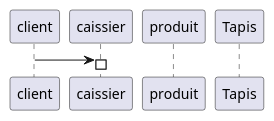
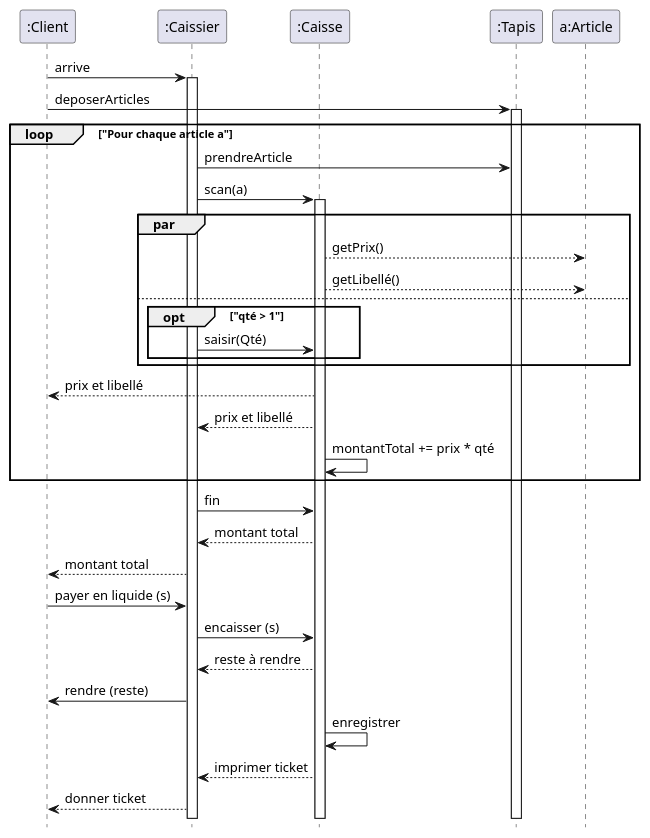
The diagram in TD5/exo1.plantuml (IUT-Blagnac/bcoo-LordHugo02), drawn with PlantUML before and after one commit.

Commit message:
Correction

```diff
--- a/TD5/exo1.plantuml
+++ b/TD5/exo1.plantuml
@@ -1,24 +1,64 @@
 @startuml Titre
 '--------------------------------
 ' Parametres pour le dessin
 '--------------------------------
 '--http://iut-blagnac.github.io/POO/TD4.html--
 hide circle
 hide empty members
 hide empty methods
 '--------------------------------
 
-'5.1.1
 
 
-participant A as "client"
-participant B as "caissier"
-participant C as "produit"
-participant D as "Tapis"
+'autonumber
+hide footbox
 
-A -> B
+participant A as ":Client"
+participant B as ":Caissier"
+
+participant C as ":Caisse"
+A -> B: arrive
 activate B
 
+participant Tapis as ":Tapis"
 
+A -> Tapis: deposerArticles
+activate Tapis
 
+loop "Pour chaque article a"
+  B -> Tapis: prendreArticle
+  B -> C: scan(a)
+  activate C
+  
+  participant Article as "a:Article"
+  
+  par
+  C --> Article: getPrix()
+  C --> Article: getLibellé()
+
+  else
+  opt "qté > 1"
+    B -> C: saisir(Qté)
+  end
+  end
+  C --> A: prix et libellé
+  C --> B: prix et libellé
+
+  C -> C: montantTotal += prix * qté
+end
+
+  B -> C: fin
+  C --> B: montant total
+  B --> A: montant total
+
+  A -> B : payer en liquide (s)
+  B -> C : encaisser (s)
+
+  C --> B : reste à rendre
+  B -> A : rendre (reste)
+
+  C -> C : enregistrer
+  C --> B : imprimer ticket
+
+  B --> A : donner ticket
 @enduml
```
